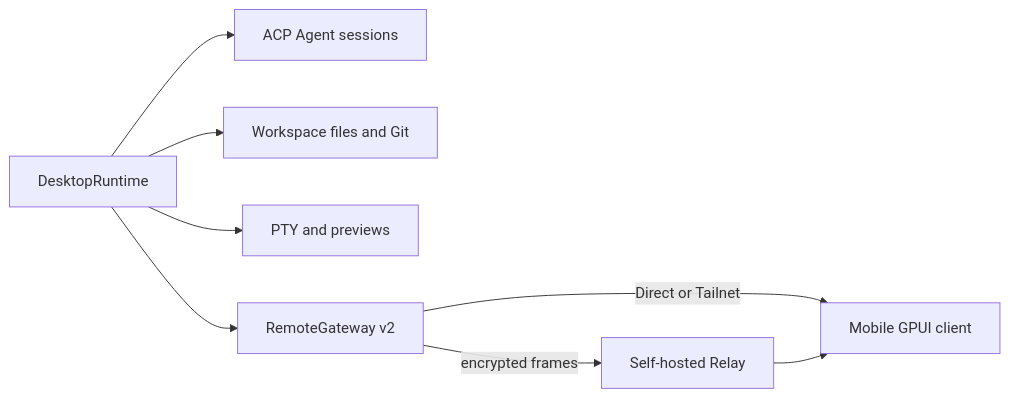
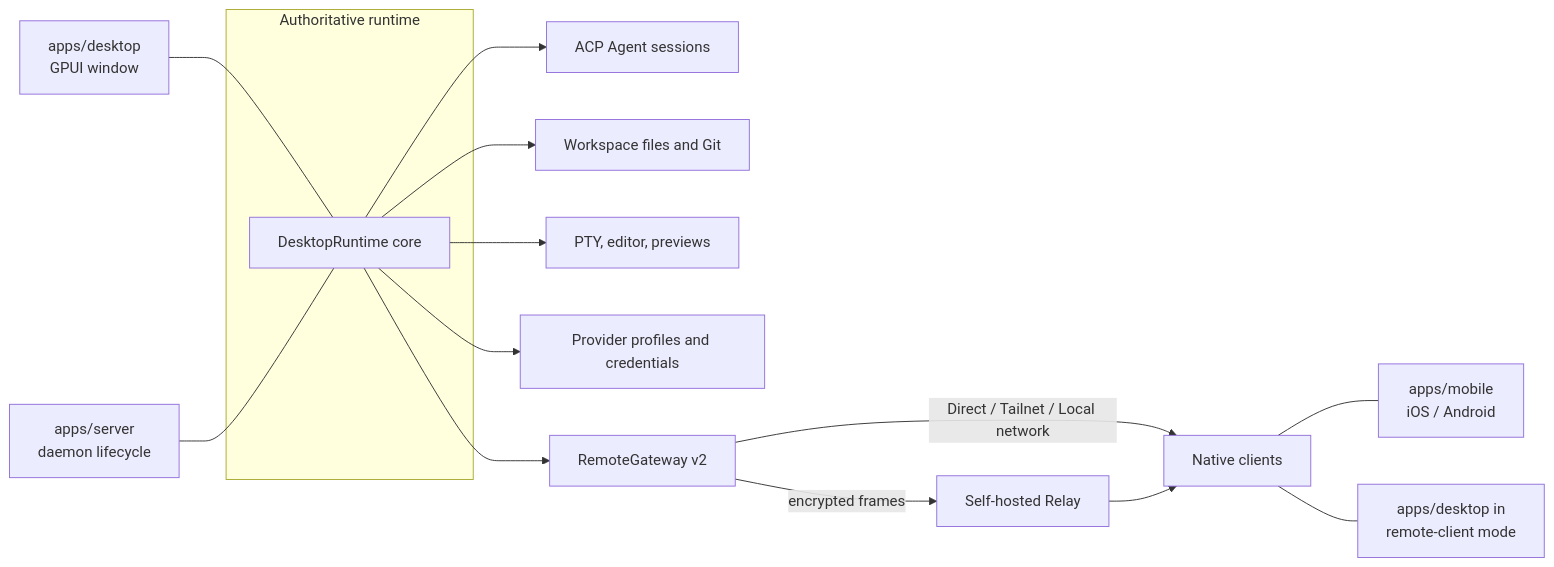
The diagram in en/developer/architecture.mdx (vibex-ai/vibex-docs), drawn with Mermaid before and after one commit. The commit also changed other lines of this file and 98 other files, not shown here.

````diff
--- a/en/developer/architecture.mdx
+++ b/en/developer/architecture.mdx
@@ -10,10 +10,18 @@
 ```mermaid
 flowchart LR
-  D[DesktopRuntime] --> A[ACP Agent sessions]
+  subgraph Authority[Authoritative runtime]
+    D[DesktopRuntime core]
+  end
+  D --> A[ACP Agent sessions]
   D --> W[Workspace files and Git]
-  D --> T[PTY and previews]
+  D --> T[PTY, editor, previews]
+  D --> P[Provider profiles and credentials]
   D --> R[RemoteGateway v2]
-  R -->|Direct or Tailnet| M[Mobile GPUI client]
+  R -->|Direct / Tailnet / Local network| M[Native clients]
   R -->|encrypted frames| X[Self-hosted Relay]
   X --> M
+  DE[apps/desktop<br/>GPUI window] --- D
+  SV[apps/server<br/>daemon lifecycle] --- D
+  M --- MB[apps/mobile<br/>iOS / Android]
+  M --- DKT[apps/desktop in<br/>remote-client mode]
 ```
````
